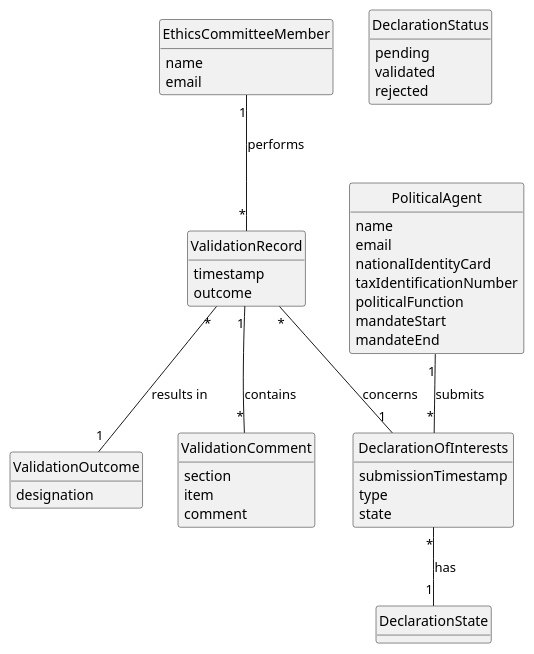
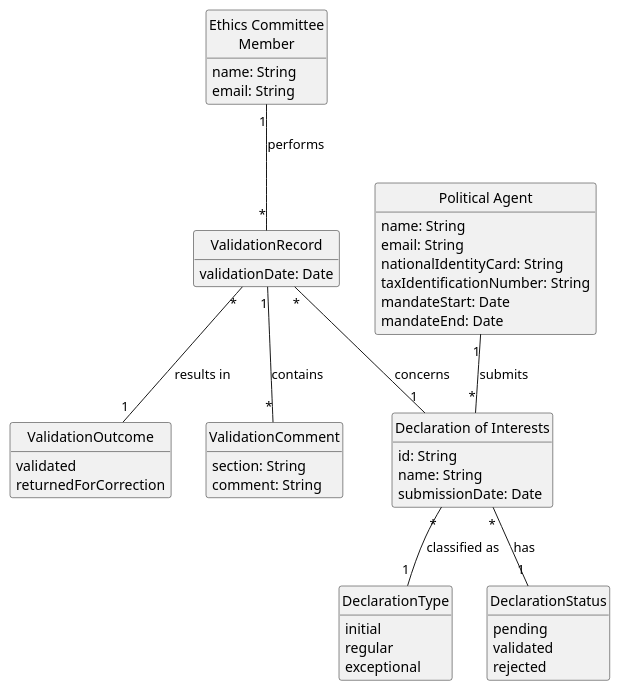
The diagram in docs/system-documentation/US08/02.analysis/puml/US08-DM.puml (brunodspinto/crystal-clear-platform), drawn with PlantUML before and after one commit. The commit also changed 11 other files, not shown here.

```diff
--- a/docs/system-documentation/US08/02.analysis/puml/US08-DM.puml
+++ b/docs/system-documentation/US08/02.analysis/puml/US08-DM.puml
@@ -1,65 +1,67 @@
-@startuml
+@startuml US08-DM
 skinparam monochrome true
 skinparam packageStyle rectangle
 skinparam shadowing false
-
 skinparam classAttributeIconSize 0
 
 hide circle
 hide methods
 
-class EthicsCommitteeMember {
-    name
-    email
+class "Ethics Committee\nMember" as EthicsCommitteeMember {
+    name: String
+    email: String
 }
 
-class DeclarationOfInterests {
-    submissionTimestamp
-    type
-    state
+class "Political Agent" as PoliticalAgent {
+    name: String
+    email: String
+    nationalIdentityCard: String
+    taxIdentificationNumber: String
+    mandateStart: Date
+    mandateEnd: Date
 }
 
-class DeclarationStatus {
-    pending
-        validated
-        rejected
+class "Declaration of Interests" as Declaration {
+    id: String
+    name: String
+    submissionDate: Date
 }
 
-class PoliticalAgent {
-    name
-    email
-    nationalIdentityCard
-    taxIdentificationNumber
-    politicalFunction
-    mandateStart
-    mandateEnd
+enum DeclarationType {
+    initial
+    regular
+    exceptional
+}
+
+enum DeclarationStatus {
+    pending
+    validated
+    rejected
 }
 
 class ValidationRecord {
-    timestamp
-    outcome
+    validationDate: Date
 }
 
-class ValidationOutcome {
-    designation
+enum ValidationOutcome {
+    validated
+    returnedForCorrection
 }
 
 class ValidationComment {
-    section
-    item
-    comment
+    section: String
+    comment: String
 }
 
-PoliticalAgent "1" -- "*" DeclarationOfInterests : submits
+PoliticalAgent "1" -- "*" Declaration : submits
 
-DeclarationOfInterests "*" -- "1" DeclarationState : has
+Declaration "*" -- "1" DeclarationType : classified as
+Declaration "*" -- "1" DeclarationStatus : has
 
 EthicsCommitteeMember "1" -- "*" ValidationRecord : performs
 
-ValidationRecord "*" -- "1" DeclarationOfInterests : concerns
-
+ValidationRecord "*" -- "1" Declaration : concerns
 ValidationRecord "*" -- "1" ValidationOutcome : results in
-
 ValidationRecord "1" -- "*" ValidationComment : contains
 
 @enduml
```
